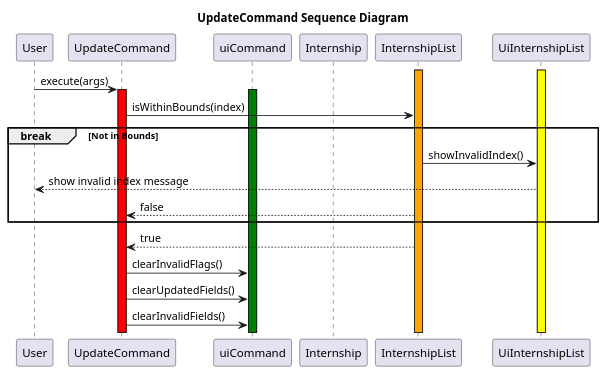
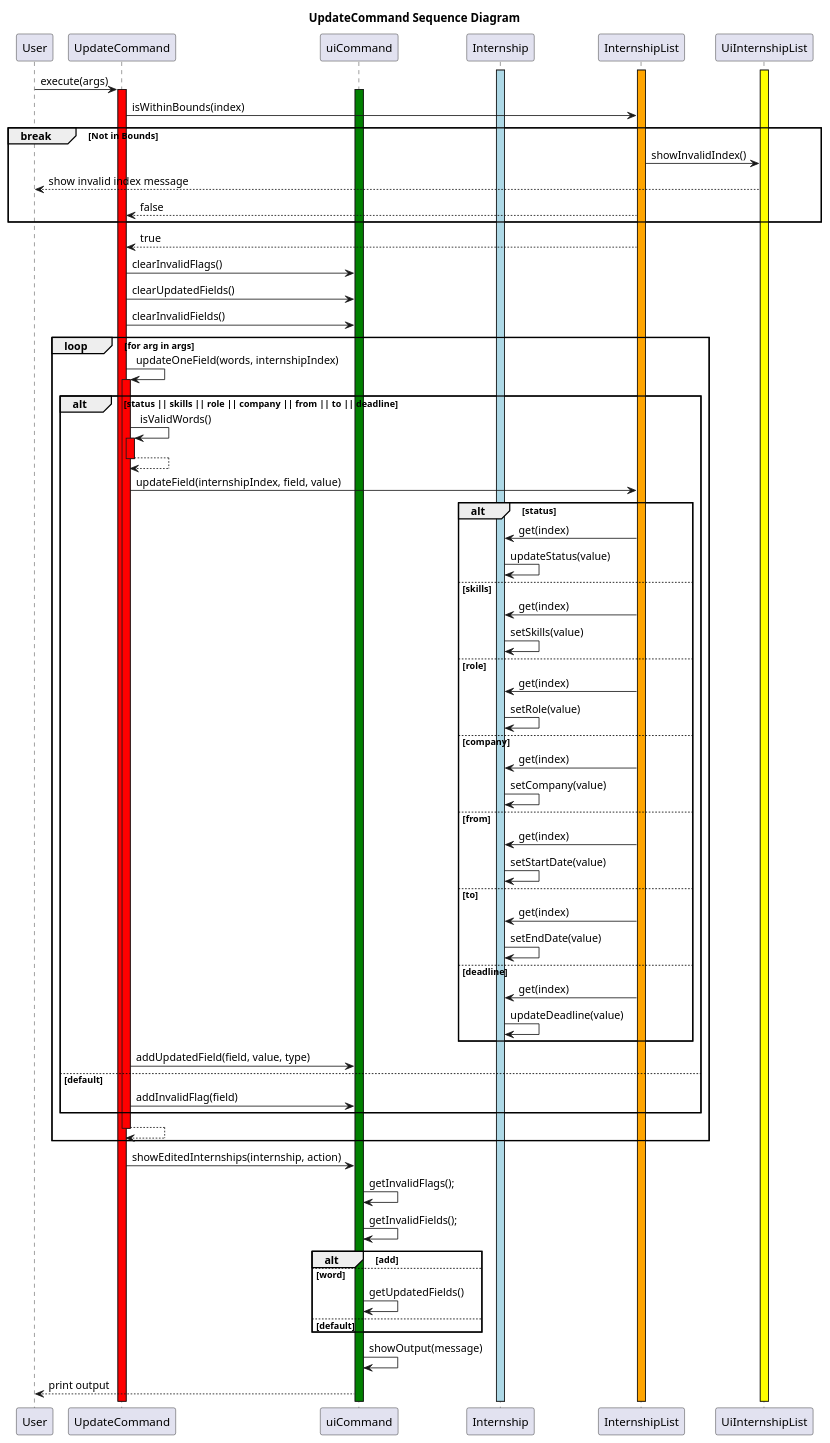
Before and after one commit to nus-cs2113-AY2425S1/tp: the diagram in docs/UML/UpdateCommand.puml, drawn with PlantUML.

Commit message:
Complete UpdateCommand UML diagram

```diff
--- a/docs/UML/UpdateCommand.puml
+++ b/docs/UML/UpdateCommand.puml
@@ -1,30 +1,90 @@
 @startuml
 title UpdateCommand Sequence Diagram
 
 participant User
 participant UpdateCommand
 participant uiCommand
 participant Internship
 participant InternshipList
 participant UiInternshipList
 
 activate InternshipList #orange
 activate UiInternshipList #yellow
+activate Internship #lightblue
 
 User -> UpdateCommand:execute(args)
 activate UpdateCommand #red
 activate uiCommand #green
 
 UpdateCommand -> InternshipList:isWithinBounds(index)
 break Not in Bounds
     InternshipList -> UiInternshipList:showInvalidIndex()
     UiInternshipList --> User:show invalid index message
     InternshipList --> UpdateCommand: false
 end
 
 InternshipList --> UpdateCommand: true
 
 UpdateCommand -> uiCommand:clearInvalidFlags()
 UpdateCommand -> uiCommand:clearUpdatedFields()
 UpdateCommand -> uiCommand:clearInvalidFields()
+
+loop for arg in args
+    UpdateCommand -> UpdateCommand:updateOneField(words, internshipIndex)
+    activate UpdateCommand #red
+    alt status || skills || role || company || from || to || deadline
+        UpdateCommand -> UpdateCommand:isValidWords()
+        activate UpdateCommand #red
+        UpdateCommand --> UpdateCommand
+        deactivate UpdateCommand
+
+        UpdateCommand -> InternshipList:updateField(internshipIndex, field, value)
+        alt status
+            InternshipList -> Internship:get(index)
+            Internship -> Internship:updateStatus(value)
+        else skills
+            InternshipList -> Internship:get(index)
+            Internship -> Internship:setSkills(value)
+        else role
+            InternshipList -> Internship:get(index)
+            Internship -> Internship:setRole(value)
+        else company
+            InternshipList -> Internship:get(index)
+            Internship -> Internship:setCompany(value)
+        else from
+            InternshipList -> Internship:get(index)
+            Internship -> Internship:setStartDate(value)
+        else to
+            InternshipList -> Internship:get(index)
+            Internship -> Internship:setEndDate(value)
+        else deadline
+            InternshipList -> Internship:get(index)
+            Internship -> Internship:updateDeadline(value)
+        end
+
+        UpdateCommand -> uiCommand:addUpdatedField(field, value, type)
+    else default
+        UpdateCommand -> uiCommand:addInvalidFlag(field)
+    end
+    UpdateCommand --> UpdateCommand
+    deactivate UpdateCommand
+end
+
+UpdateCommand -> uiCommand:showEditedInternships(internship, action)
+
+uiCommand -> uiCommand:getInvalidFlags();
+uiCommand -> uiCommand:getInvalidFields();
+
+alt add
+
+else word
+    uiCommand -> uiCommand:getUpdatedFields()
+
+else default
+
+end
+
+uiCommand -> uiCommand:showOutput(message)
+uiCommand --> User:print output
+
 @enduml
```
